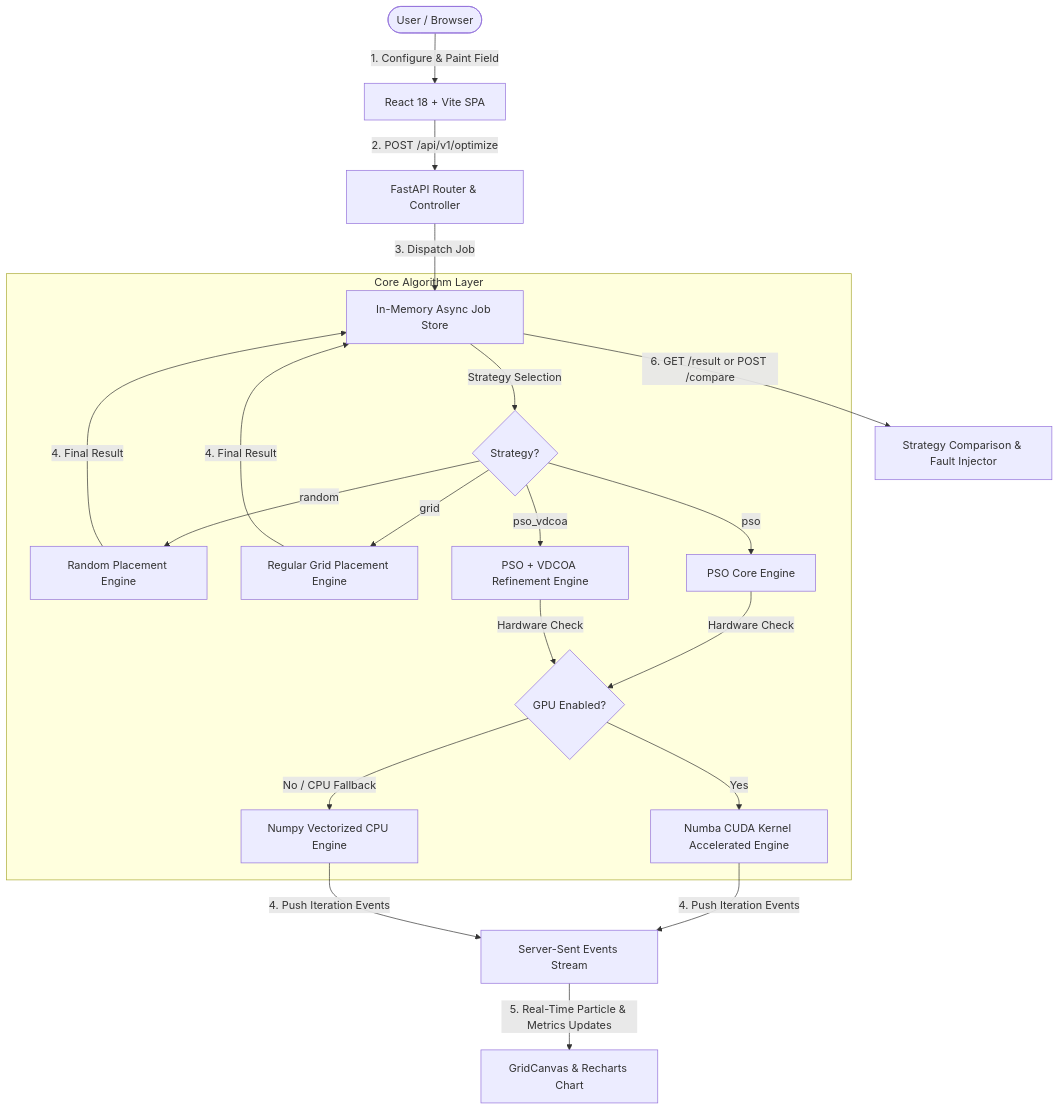
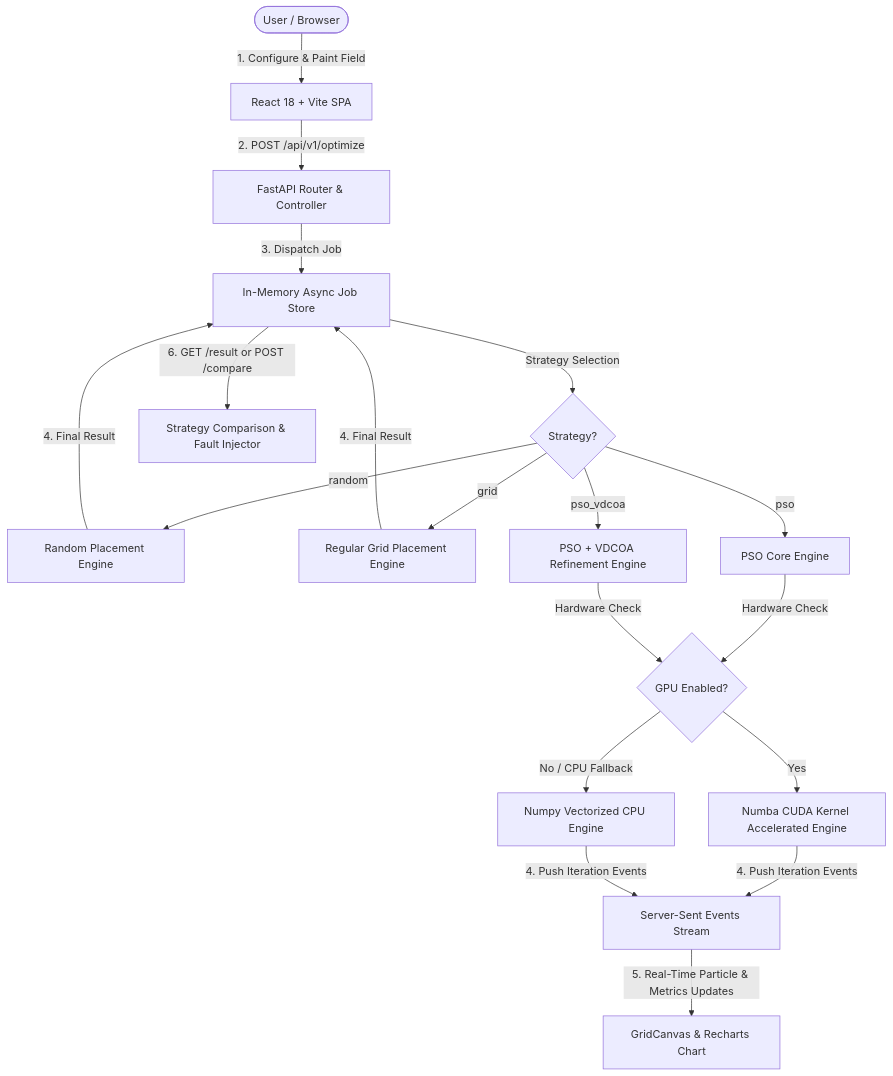
The diagram in README.md (Zerixxx8995/Sensor_Placement_Optimizer), drawn with Mermaid before and after one commit.

Commit message:
docs: remove Mermaid subgraph box wrapper to prevent diagram overlay rendering

````diff
--- a/README.md
+++ b/README.md
@@ -26,28 +26,25 @@
 ```mermaid
 flowchart TD
     User([User / Browser]) -->|1. Configure & Paint Field| Frontend[React 18 + Vite SPA]
     Frontend -->|2. POST /api/v1/optimize| API[FastAPI Router & Controller]
     API -->|3. Dispatch Job| JobStore[In-Memory Async Job Store]
+    JobStore -->|Strategy Selection| Choice{Strategy?}
+    Choice -->|random| RandomEngine[Random Placement Engine]
+    Choice -->|grid| GridEngine[Regular Grid Placement Engine]
+    Choice -->|pso| PSOEngine[PSO Core Engine]
+    Choice -->|pso_vdcoa| HybridEngine[PSO + VDCOA Refinement Engine]
     
-    subgraph Core Algorithm Layer
-        JobStore -->|Strategy Selection| Choice{Strategy?}
-        Choice -->|random| RandomEngine[Random Placement Engine]
-        Choice -->|grid| GridEngine[Regular Grid Placement Engine]
-        Choice -->|pso| PSOEngine[PSO Core Engine]
-        Choice -->|pso_vdcoa| HybridEngine[PSO + VDCOA Refinement Engine]
-        
-        PSOEngine -->|Hardware Check| GPUCheck{GPU Enabled?}
-        HybridEngine -->|Hardware Check| GPUCheck
-        
-        GPUCheck -->|Yes| NumbaCUDA[Numba CUDA Kernel Accelerated Engine]
-        GPUCheck -->|No / CPU Fallback| VectorCPU[Numpy Vectorized CPU Engine]
-    end
+    PSOEngine -->|Hardware Check| GPUCheck{GPU Enabled?}
+    HybridEngine -->|Hardware Check| GPUCheck
+    
+    GPUCheck -->|Yes| NumbaCUDA[Numba CUDA Kernel Accelerated Engine]
+    GPUCheck -->|No / CPU Fallback| VectorCPU[Numpy Vectorized CPU Engine]
 
     NumbaCUDA -->|4. Push Iteration Events| SSE[Server-Sent Events Stream]
     VectorCPU -->|4. Push Iteration Events| SSE
     RandomEngine -->|4. Final Result| JobStore
     GridEngine -->|4. Final Result| JobStore
     
     SSE -->|5. Real-Time Particle & Metrics Updates| Visualizer[GridCanvas & Recharts Chart]
     JobStore -->|6. GET /result or POST /compare| Comparison[Strategy Comparison & Fault Injector]
 ```
````
